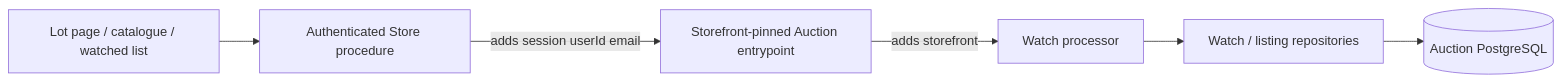
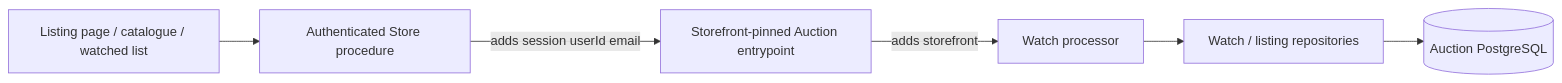
One commit to potzchan6969/grade10-spec changed the second of 2 diagrams in openspec/changes/add-auction-watchlist/tech-design.md. Above: the diagram before and after it, drawn with Mermaid. The commit also changed other lines of this file and 5 other files, not shown here.

First line of the commit message:
docs(auction): treat lot as listing label in watchlist change (#277)

````diff
--- a/openspec/changes/add-auction-watchlist/tech-design.md
+++ b/openspec/changes/add-auction-watchlist/tech-design.md
@@ -179,8 +185,8 @@
 ```mermaid
 flowchart LR
-    Browser[Lot page / catalogue / watched list] --> Store[Authenticated Store procedure]
+    Browser[Listing page / catalogue / watched list] --> Store[Authenticated Store procedure]
     Store -->|adds session userId email| Entrypoint[Storefront-pinned Auction entrypoint]
     Entrypoint -->|adds storefront| WatchService[Watch processor]
     WatchService --> Repos[Watch / listing repositories]
     Repos --> Database[(Auction PostgreSQL)]
 ```
````
